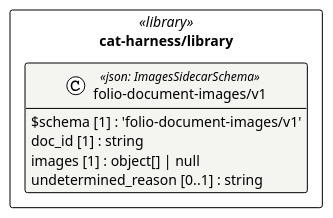
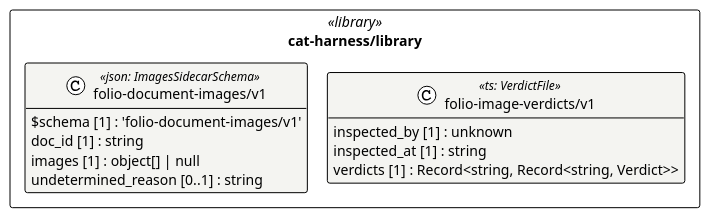
The diagram in cat-harness/uml/overview/cat-harness/library.puml (litlfred/folio-assistant), drawn with PlantUML before and after one commit. The commit also changed 135 other files, not shown here.

```diff
--- a/cat-harness/uml/overview/cat-harness/library.puml
+++ b/cat-harness/uml/overview/cat-harness/library.puml
@@ -3,18 +3,23 @@
 @startuml cat_harness_library
 !pragma layout elk
 !theme plain
 skinparam classAttributeIconSize 0
 skinparam shadowing false
 skinparam packageStyle rectangle
 hide empty methods
 
 package "cat-harness/library" as pkg_cat_harness_library <<library>> {
   class "folio-document-images/v1" as cat_harness_library_folio_document_images_v1_folio_document_images_v1 <<json: ImagesSidecarSchema>> #f4f4f1 {
     $schema [1] : 'folio-document-images/v1'
     doc_id [1] : string
     images [1] : object[] | null
     undetermined_reason [0..1] : string
   }
+  class "folio-image-verdicts/v1" as cat_harness_library_folio_image_verdicts_v1 <<ts: VerdictFile>> #f4f4f1 {
+    inspected_by [1] : unknown
+    inspected_at [1] : string
+    verdicts [1] : Record<string, Record<string, Verdict>>
+  }
 }
 
 @enduml
```
